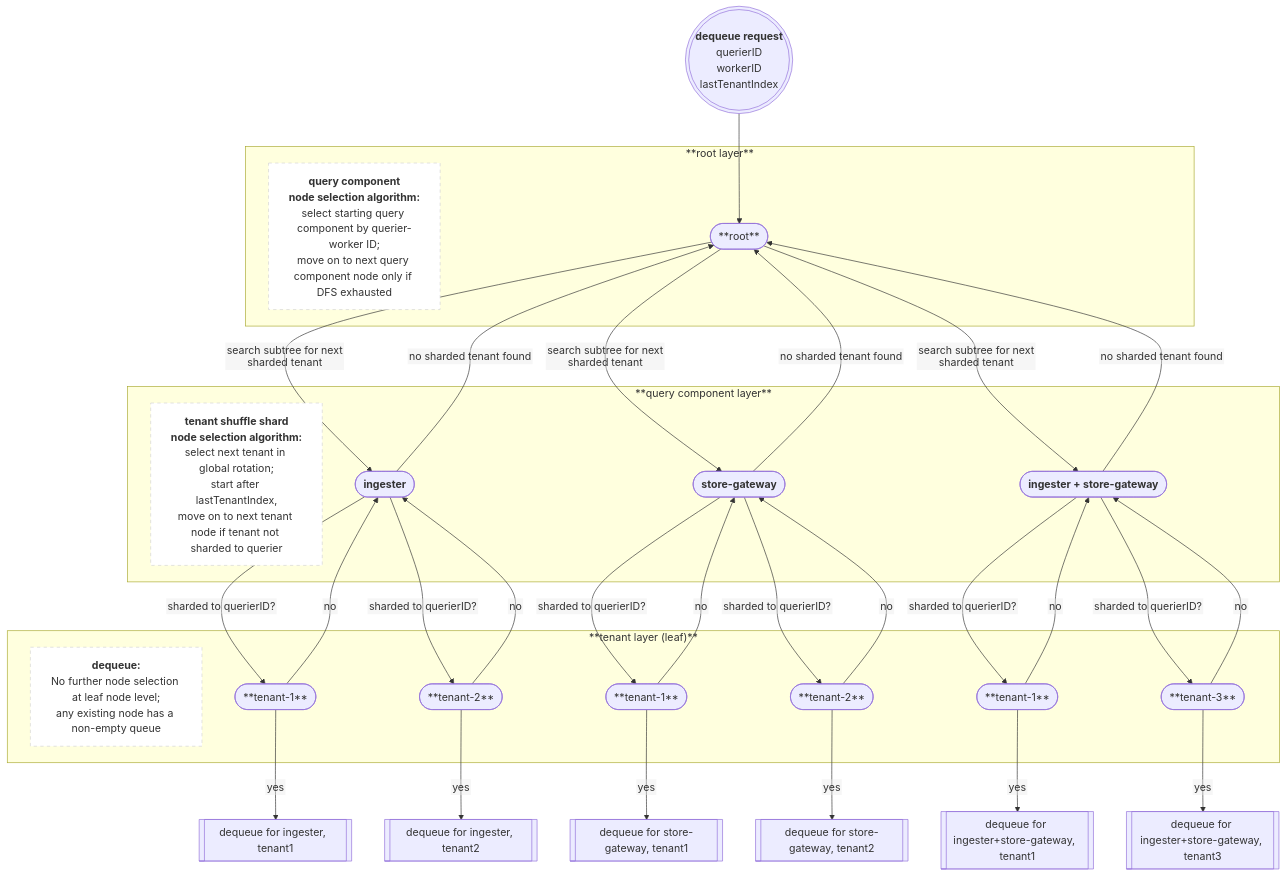
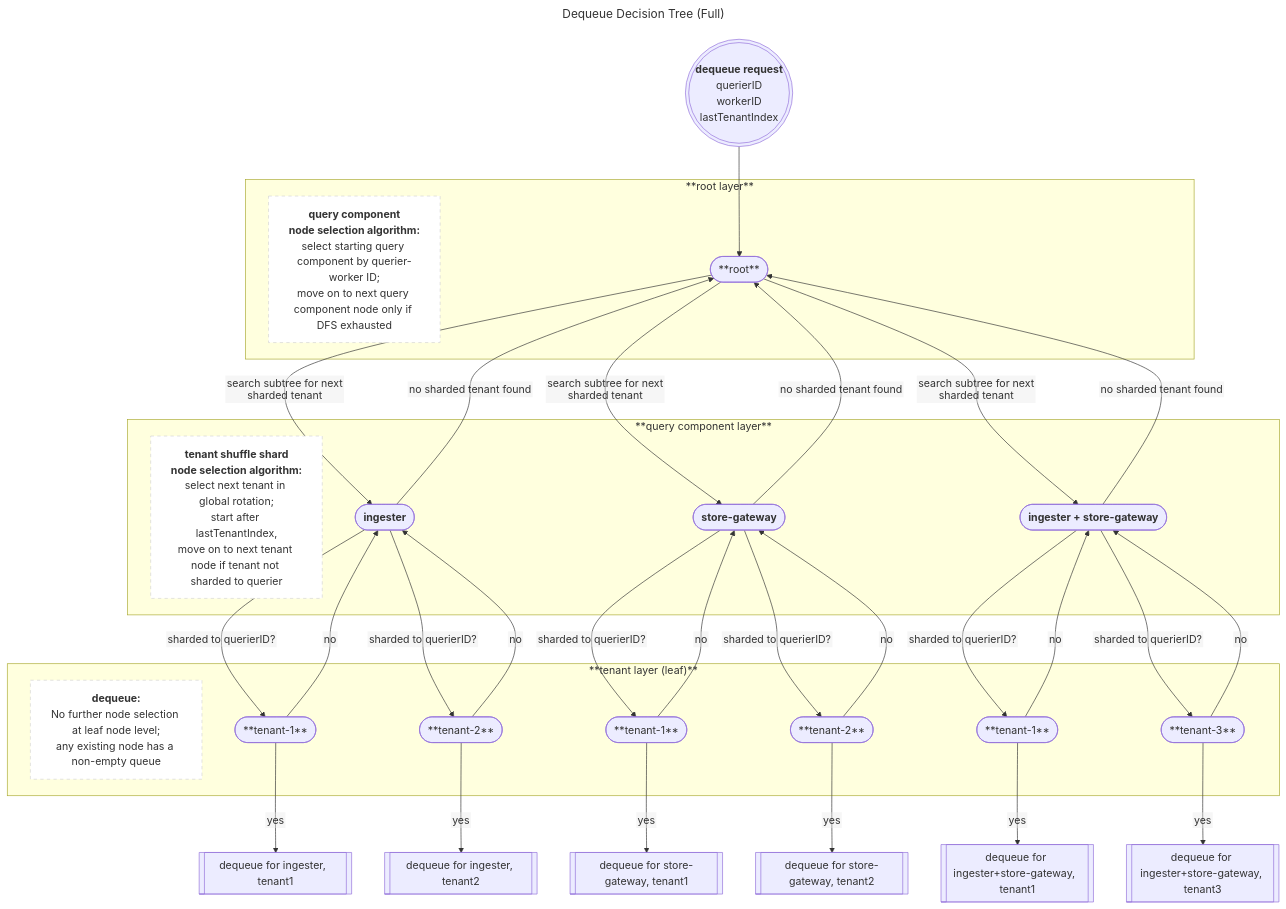
One commit to grafana/mimir changed the second of 4 diagrams in pkg/scheduler/DESIGN.md. Above: the diagram before and after it, drawn with Mermaid. The commit also changed other lines of this file, not shown here.

````diff
--- a/pkg/scheduler/DESIGN.md
+++ b/pkg/scheduler/DESIGN.md
@@ -132,5 +129,6 @@
 ```mermaid
 ---
+title: Dequeue Decision Tree (Full)
 config:
   theme: default
 ---
````
